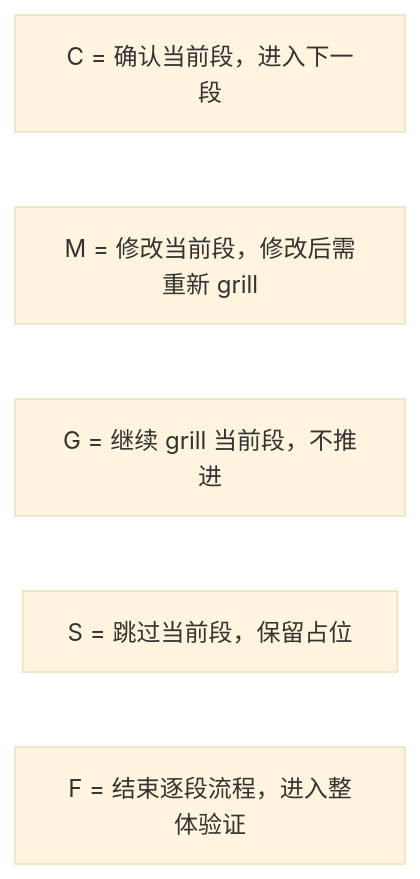
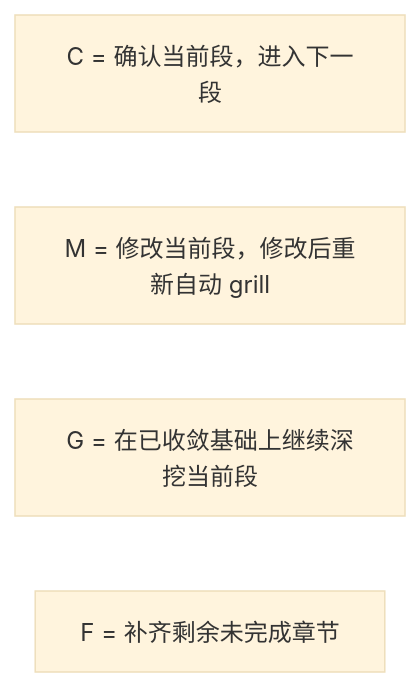
Before and after one commit to oleewen/ai-knowledge: the second of 2 diagrams in agent/skills/sdx-solution/references/gates.md, drawn with Mermaid (base theme). The commit also changed other lines of this file and 13 other files, not shown here.

````diff
--- a/agent/skills/sdx-solution/references/gates.md
+++ b/agent/skills/sdx-solution/references/gates.md
@@ -80,8 +83,7 @@
 ```mermaid
 flowchart LR
     C["C = 确认当前段，进入下一段"]
-    M["M = 修改当前段，修改后需重新 grill"]
-    G["G = 继续 grill 当前段，不推进"]
-    S["S = 跳过当前段，保留占位"]
-    F["F = 结束逐段流程，进入整体验证"]
+    M["M = 修改当前段，修改后重新自动 grill"]
+    G["G = 在已收敛基础上继续深挖当前段"]
+    F["F = 补齐剩余未完成章节"]
 ```
````
